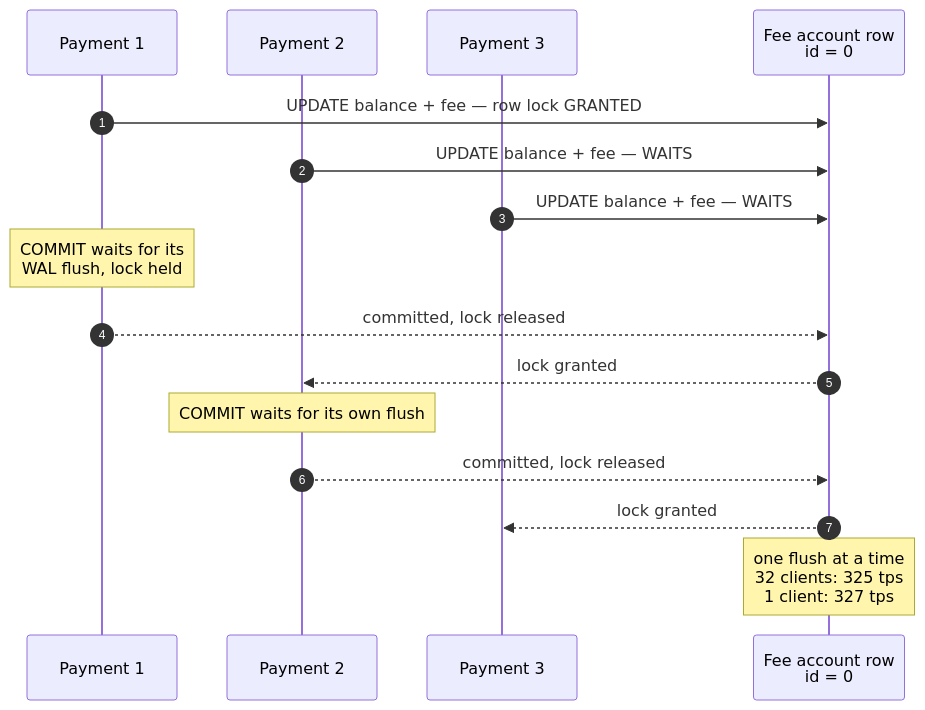
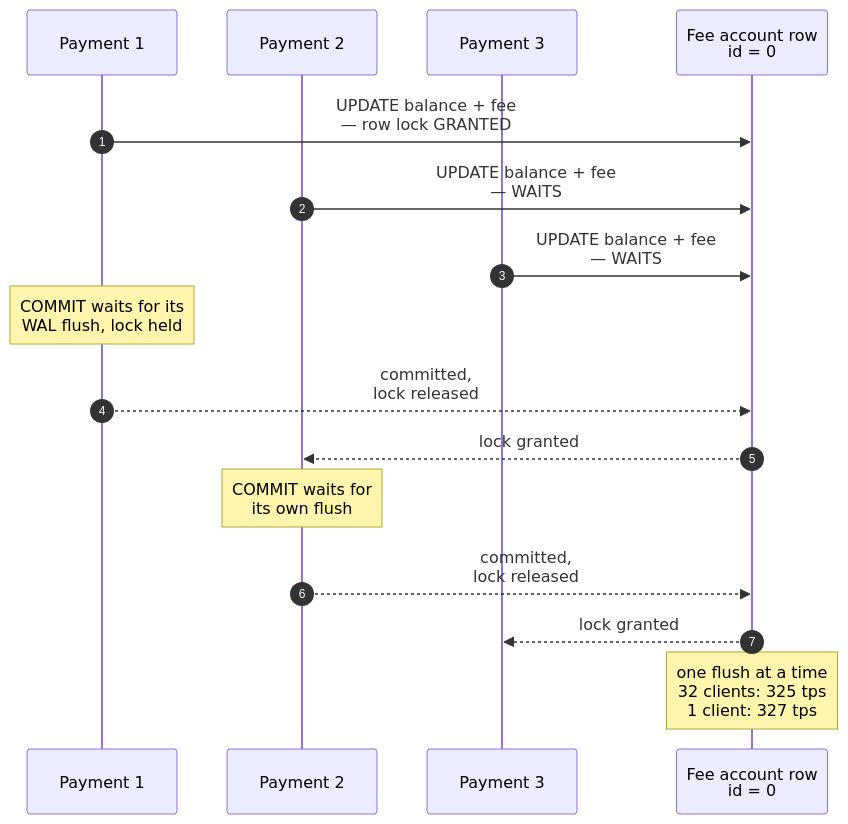
The diagram in markdown/system-design-interview/assets/007/01-hot-row.mmd (haraGADygyl/medium-python-articles), drawn with Mermaid before and after one commit. The commit also changed 69 other files, not shown here.

First line of the commit message:
feat: backfill system-design-interview 000-009 diagrams in the house style

```diff
--- a/markdown/system-design-interview/assets/007/01-hot-row.mmd
+++ b/markdown/system-design-interview/assets/007/01-hot-row.mmd
@@ -1,16 +1,16 @@
 sequenceDiagram
     autonumber
     participant P1 as Payment 1
     participant P2 as Payment 2
     participant P3 as Payment 3
     participant F as Fee account row<br/>id = 0
-    P1->>F: UPDATE balance + fee — row lock GRANTED
-    P2->>F: UPDATE balance + fee — WAITS
-    P3->>F: UPDATE balance + fee — WAITS
+    P1->>F: UPDATE balance + fee<br/>— row lock GRANTED
+    P2->>F: UPDATE balance + fee<br/>— WAITS
+    P3->>F: UPDATE balance + fee<br/>— WAITS
     Note over P1: COMMIT waits for its<br/>WAL flush, lock held
-    P1-->>F: committed, lock released
+    P1-->>F: committed,<br/>lock released
     F-->>P2: lock granted
-    Note over P2: COMMIT waits for its own flush
-    P2-->>F: committed, lock released
+    Note over P2: COMMIT waits for<br/>its own flush
+    P2-->>F: committed,<br/>lock released
     F-->>P3: lock granted
     Note over F: one flush at a time<br/>32 clients: 325 tps<br/>1 client: 327 tps
```
